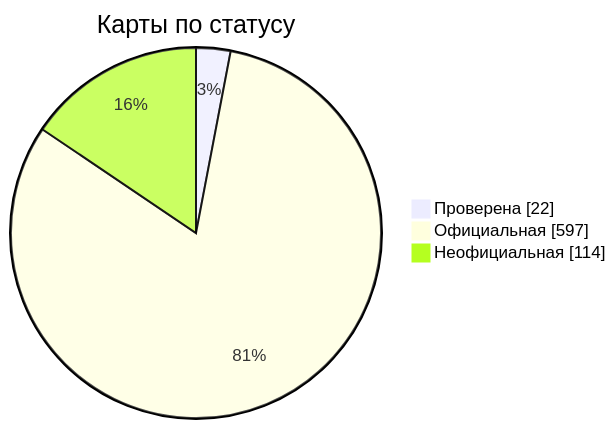
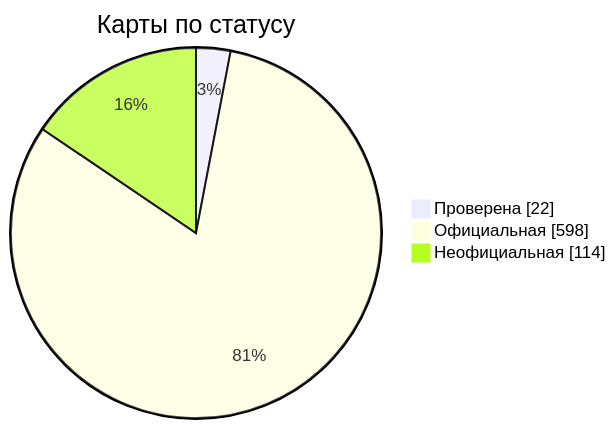
One commit to nobrega8/mbmap-library changed the diagram in docs/readme/README_RU.md. Above: the diagram before and after it, drawn with Mermaid. The commit also changed 6 other files, not shown here.

````diff
--- a/docs/readme/README_RU.md
+++ b/docs/readme/README_RU.md
@@ -54,7 +54,7 @@
 ```mermaid
 pie showData
     title Карты по статусу
     "Проверена" : 22
-    "Официальная" : 597
+    "Официальная" : 598
     "Неофициальная" : 114
 ```
````
